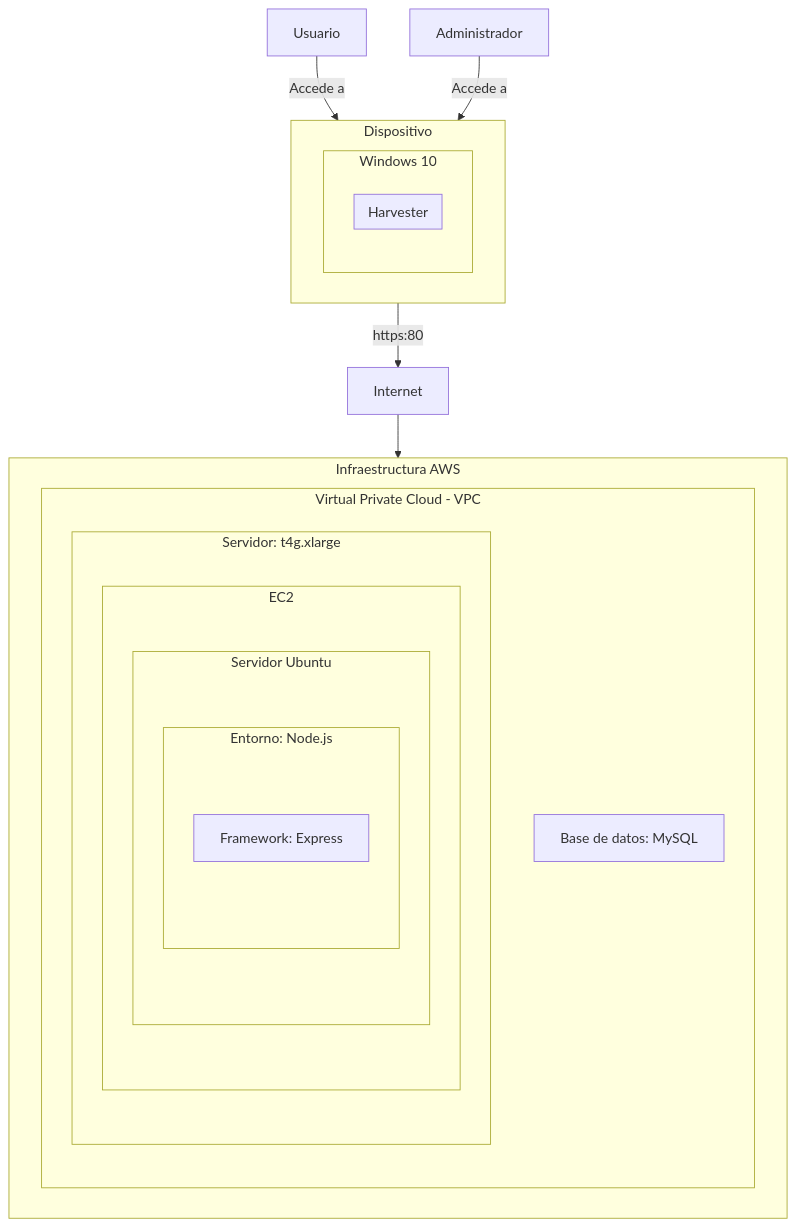
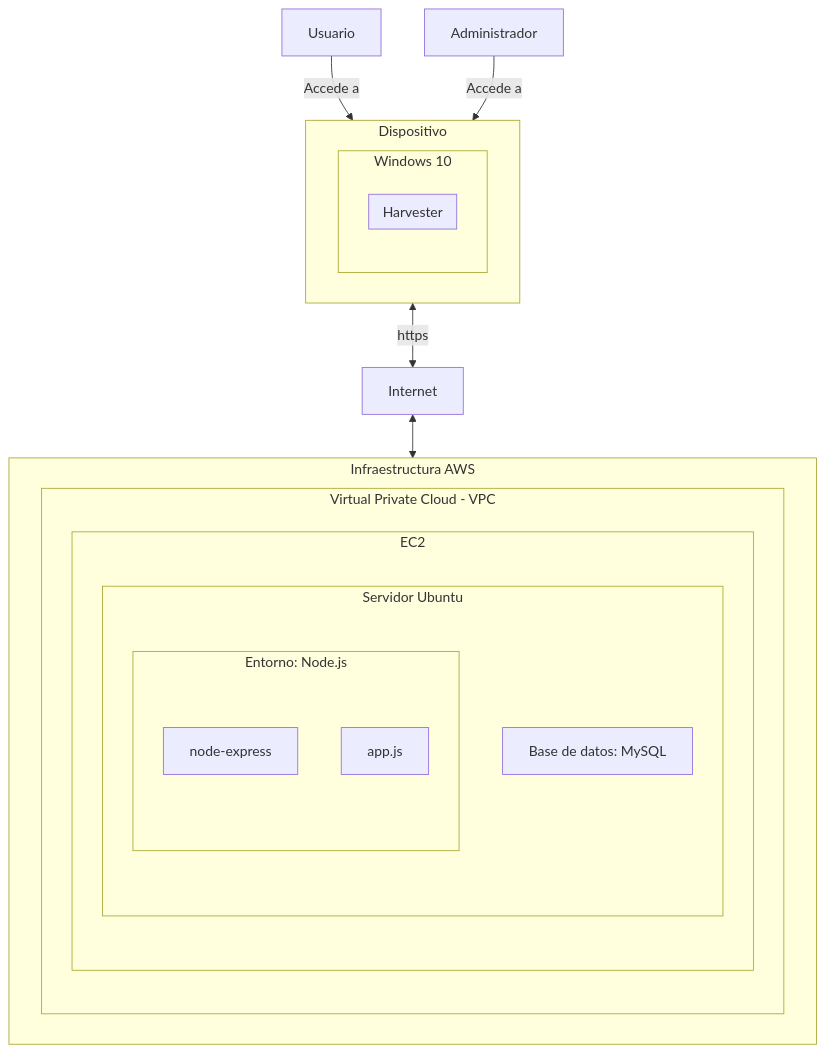
The diagram in documentation/docs/proyectos/tractores/documentacion/arquitectura.md (CodeAnd-Co/Documentacion), drawn with Mermaid before and after one commit. The commit also changed other lines of this file, not shown here.

Commit message:
Corregir jerarquia y nombres de componentes en diagrama de despliegue

````diff
--- a/documentation/docs/proyectos/tractores/documentacion/arquitectura.md
+++ b/documentation/docs/proyectos/tractores/documentacion/arquitectura.md
@@ -151,31 +151,30 @@
 ``` mermaid 
 graph TD
     Usuario --> |Accede a| Dispositivo
     Administrador --> |Accede a| Dispositivo
     subgraph Dispositivo
       subgraph Windows 10
         subgraph Harvester
         end
       end
     end
 
-    Dispositivo -->|https:80| Internet
+    Dispositivo <-->|https| Internet
 
     subgraph InfraestructuraAWS [Infraestructura AWS]
         subgraph VPC ["Virtual Private Cloud - VPC"]
-        subgraph Server ["Servidor: t4g.xlarge"]
             subgraph EC2 ["EC2"]
                 subgraph ServidorUbuntu["Servidor Ubuntu"]
                     subgraph Sistema["Entorno: Node.js"]
-                       ExpressFramework["Framework: Express"] 
+                       ExpressFramework["node-express"] 
+                       APP["app.js"]
                     end
+                    MySQL["Base de datos: MySQL"]
                 end
             end
             end
-            MySQL["Base de datos: MySQL"]
-            
-        end
     end
 
-    Internet --> InfraestructuraAWS
+    Internet <--> InfraestructuraAWS
+    
 ```
````
